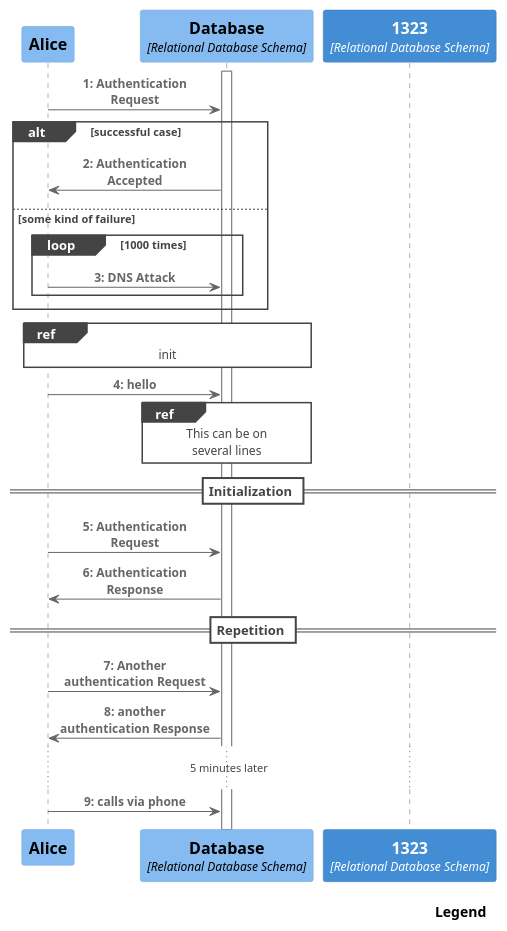
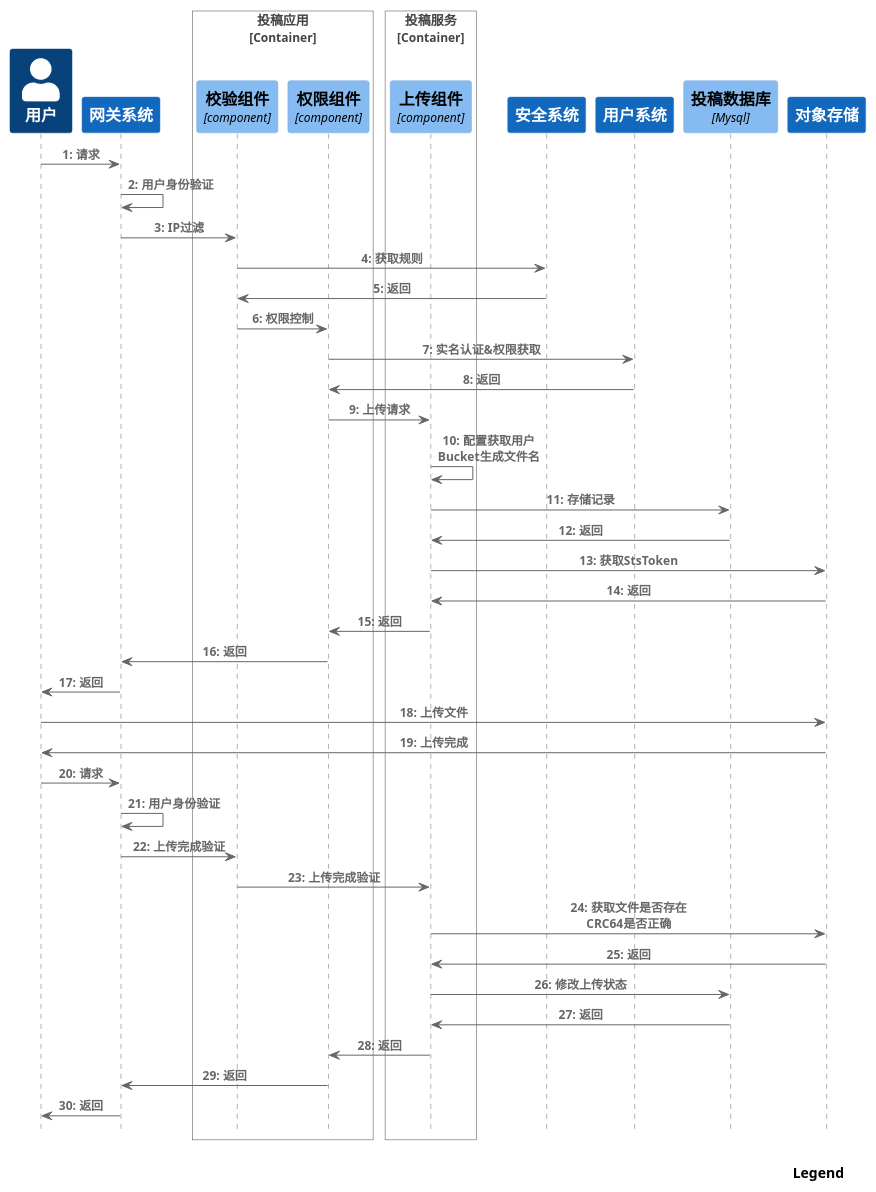
The diagram in puml/content/content/add/addpostseq.puml (nxnnxn/community-doc), drawn with PlantUML before and after one commit. The commit also changed 4 other files, not shown here.

```diff
--- a/puml/content/content/add/addpostseq.puml
+++ b/puml/content/content/add/addpostseq.puml
@@ -1,51 +1,59 @@
 @startuml
 !include <C4/C4_Sequence>
 SHOW_INDEX()
-SHOW_FOOT_BOXES()
 SHOW_LEGEND()
 
+Person(user, "用户")
+System(gateway,"网关系统")
 
-Component(Alice, "Alice")
+Rel(user, gateway, "请求")
+Rel(gateway, gateway, "用户身份验证")
+
+Container_Boundary(postFacade, "投稿应用")
+    Component(checkComponent, "校验组件", "component", "IP校验&安全检验")
+    Component(authComponent, "权限组件", "component", "用户权限检验")
+Boundary_End()
+
+Container_Boundary(postService, "投稿服务")
+    Component(uploadComponent, "上传组件", "component", "上传令牌服务")
+Boundary_End()
+System(security,"安全系统")
+System(userSystem,"用户系统")
+ComponentDb(db, "投稿数据库", "Mysql")
+
+Rel(gateway, checkComponent, "IP过滤")
+Rel(checkComponent, security, "获取规则")
+Rel(security,checkComponent, "返回")
+Rel(checkComponent, authComponent, "权限控制")
+Rel(authComponent, userSystem, "实名认证&权限获取")
+Rel(userSystem,authComponent, "返回")
+Rel(authComponent, uploadComponent, "上传请求")
+Rel(uploadComponent, uploadComponent, "配置获取用户\nBucket生成文件名")
+Rel(uploadComponent, db, "存储记录")
+Rel(db, uploadComponent, "返回")
+System(objectStorage, "对象存储")
+Rel(uploadComponent, objectStorage, "获取StsToken")
+Rel(objectStorage, uploadComponent, "返回")
+Rel(uploadComponent, authComponent, "返回")
+Rel(authComponent, gateway, "返回")
+Rel(gateway, user, "返回")
+Rel(user, objectStorage, "上传文件")
+Rel(objectStorage, user, "上传完成")
+Rel(user, gateway, "请求")
+Rel(gateway, gateway, "用户身份验证")
+Rel(gateway, checkComponent, "上传完成验证")
+Rel(checkComponent, uploadComponent, "上传完成验证")
+Rel(uploadComponent, objectStorage, "获取文件是否存在\nCRC64是否正确")
+Rel(objectStorage, uploadComponent, "返回")
+Rel(uploadComponent, db, "修改上传状态")
+Rel(db, uploadComponent, "返回")
+Rel(uploadComponent, authComponent, "返回")
+Rel(authComponent, gateway, "返回")
+Rel(gateway, user, "返回")
 
 
 
-ComponentDb(Bob, "Database", "Relational Database Schema")
-ContainerDb(c4, "1323", "Relational Database Schema")
-activate Bob
-
-Rel(Alice, Bob, "Authentication Request")
-
-alt successful case
-    Rel(Bob, Alice, "Authentication Accepted")
-else some kind of failure
-    loop 1000 times
-        Rel(Alice, Bob, "DNS Attack")
-    end
-end
-
-ref over Alice, Bob : init
-
-Rel(Alice, Bob, "hello")
-
-ref over Bob
-  This can be on
-  several lines
-end ref
-
-== Initialization ==
-
-Rel(Alice, Bob, "Authentication Request")
-Rel(Bob, Alice, "Authentication Response")
-
-== Repetition ==
-
-Rel(Alice, Bob, "Another authentication Request")
-Rel(Bob, Alice, "another authentication Response")
-
-... 5 minutes later ...
-
-Rel(Alice, Bob, "calls via phone")
 
 
 
 @enduml
```
